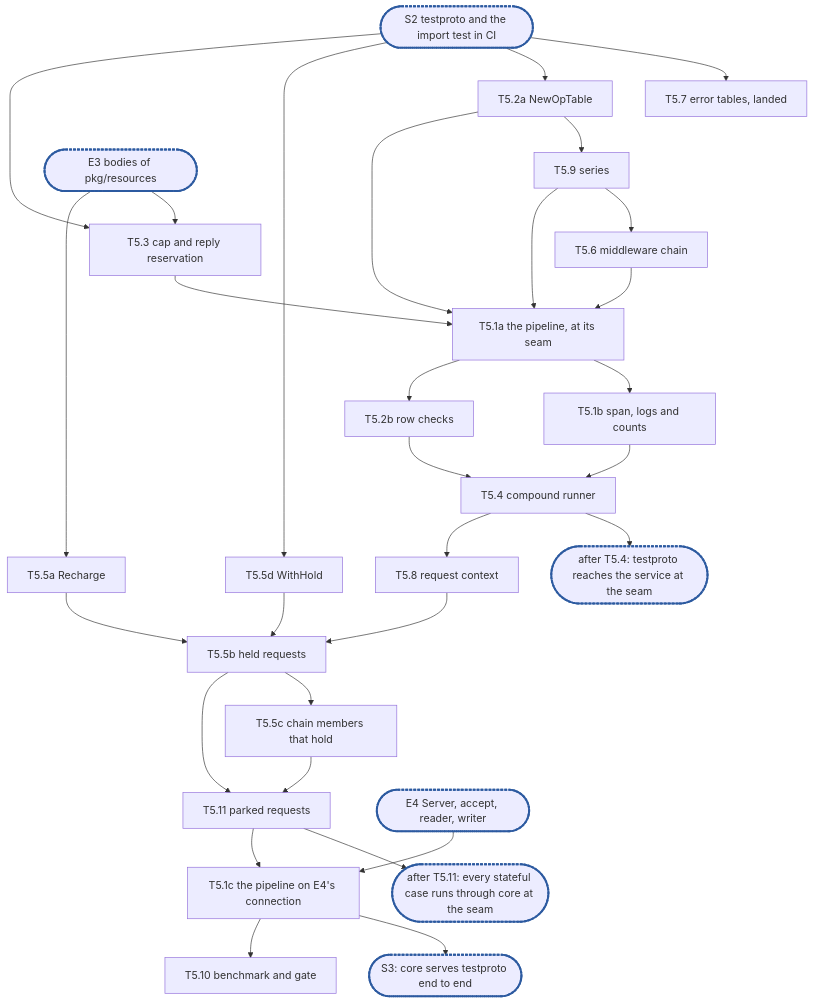
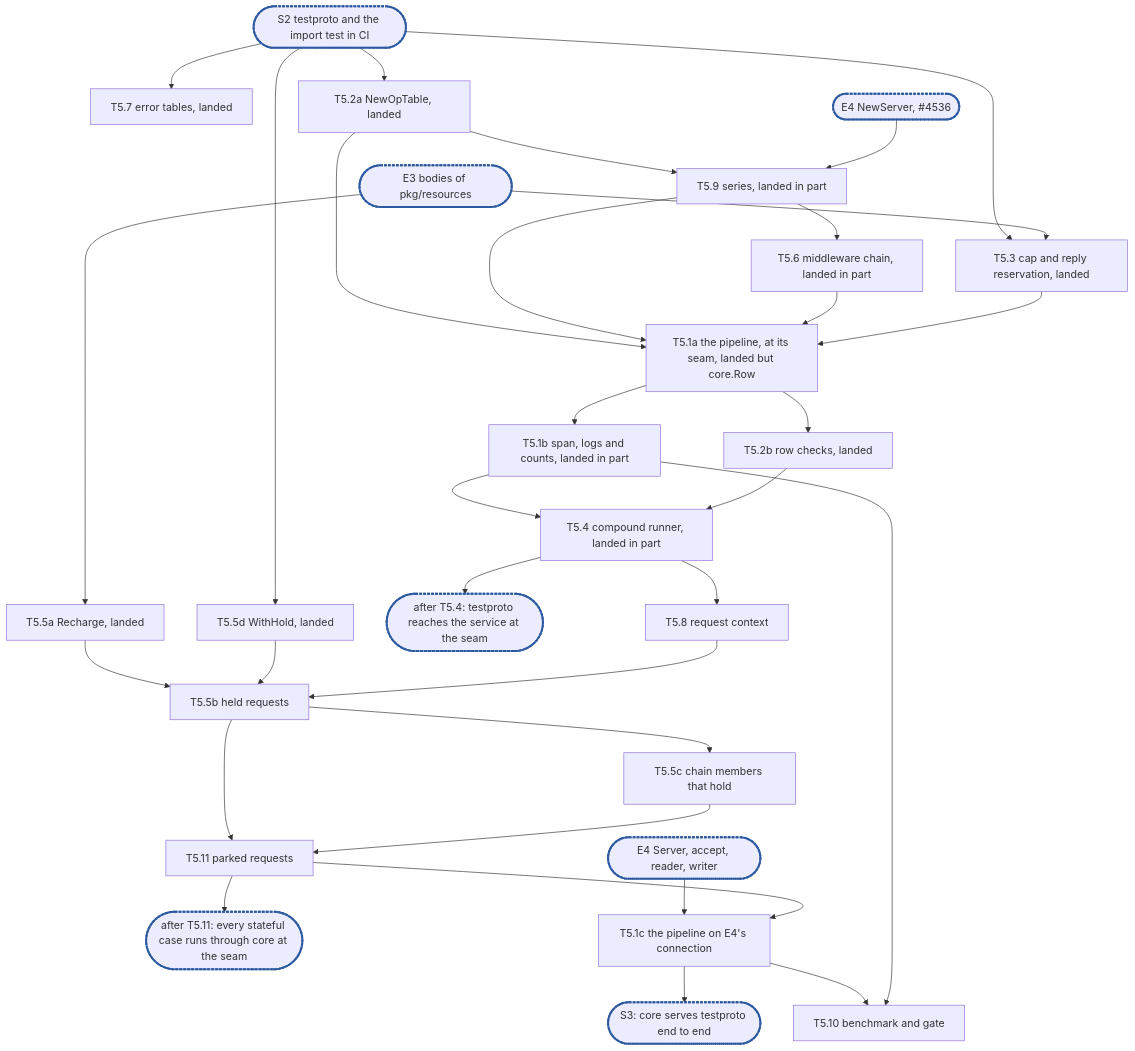
One commit to cubbit/dittofs changed the diagram in docs/internals/planning/rfc-20-adapters-epic5.md. Above: the diagram before and after it, drawn with Mermaid. The commit also changed other lines of this file and 1 other file, not shown here.

First line of the commit message:
docs(planning): epic 5's plan matches what its implementation found (#4449)

````diff
--- a/docs/internals/planning/rfc-20-adapters-epic5.md
+++ b/docs/internals/planning/rfc-20-adapters-epic5.md
@@ -1912,33 +2388,35 @@
 ```mermaid
 flowchart TD
   S2(["S2 testproto and the import test in CI"]):::sync --> T5_7["T5.7 error tables, landed"]
-  S2 --> T5_2a["T5.2a NewOpTable"]
-  T5_2a --> T5_9["T5.9 series"]
-  T5_9 --> T5_6["T5.6 middleware chain"]
-  S2 --> T5_5d["T5.5d WithHold"]
-  S2 --> T5_3["T5.3 cap and reply reservation"]
+  S2 --> T5_2a["T5.2a NewOpTable, landed"]
+  T5_2a --> T5_9["T5.9 series, landed in part"]
+  E4N(["E4 NewServer, #4536"]):::sync --> T5_9
+  T5_9 --> T5_6["T5.6 middleware chain, landed in part"]
+  S2 --> T5_5d["T5.5d WithHold, landed"]
+  S2 --> T5_3["T5.3 cap and reply reservation, landed"]
   E3(["E3 bodies of pkg/resources"]):::sync --> T5_3
-  E3 --> T5_5a["T5.5a Recharge"]
-  T5_2a --> T5_1a["T5.1a the pipeline, at its seam"]
+  E3 --> T5_5a["T5.5a Recharge, landed"]
+  T5_2a --> T5_1a["T5.1a the pipeline, at its seam, landed but core.Row"]
   T5_9 --> T5_1a
   T5_6 --> T5_1a
   T5_3 --> T5_1a
-  T5_1a --> T5_1b["T5.1b span, logs and counts"]
-  T5_1a --> T5_2b["T5.2b row checks"]
-  T5_1b --> T5_4["T5.4 compound runner"]
+  T5_1a --> T5_1b["T5.1b span, logs and counts, landed in part"]
+  T5_1a --> T5_2b["T5.2b row checks, landed"]
+  T5_1b --> T5_4["T5.4 compound runner, landed in part"]
   T5_2b --> T5_4
   T5_4 --> C1(["after T5.4: testproto reaches the service at the seam"]):::sync
   T5_4 --> T5_8["T5.8 request context"]
   T5_5a --> T5_5b["T5.5b held requests"]
   T5_5d --> T5_5b
   T5_8 --> T5_5b
   T5_5b --> T5_5c["T5.5c chain members that hold"]
   T5_5b --> T5_11["T5.11 parked requests"]
   T5_5c --> T5_11
   T5_11 --> C2(["after T5.11: every stateful case runs through core at the seam"]):::sync
   E4(["E4 Server, accept, reader, writer"]):::sync --> T5_1c["T5.1c the pipeline on E4's connection"]
   T5_11 --> T5_1c
   T5_1c --> C3(["S3: core serves testproto end to end"]):::sync
   T5_1c --> T5_10["T5.10 benchmark and gate"]
+  T5_1b --> T5_10
   classDef sync stroke:#2c5aa0,stroke-width:3px,stroke-dasharray:4 2
 ```
````
